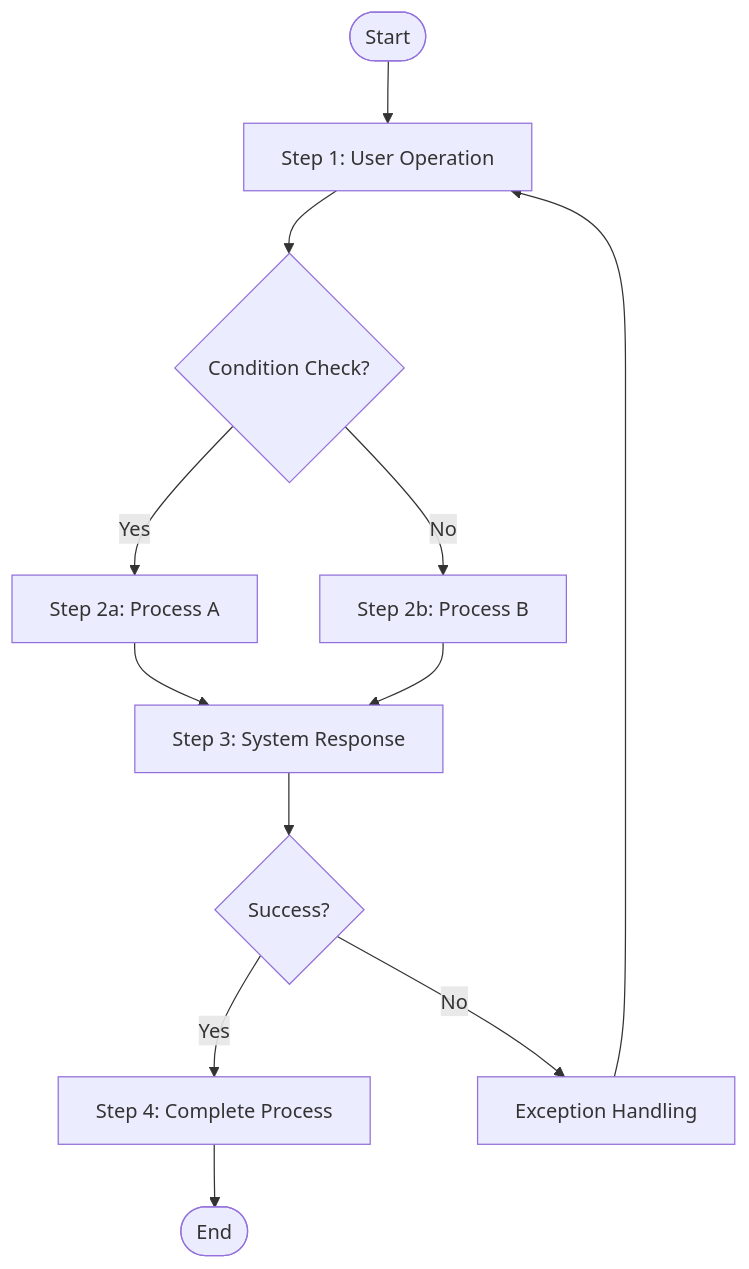
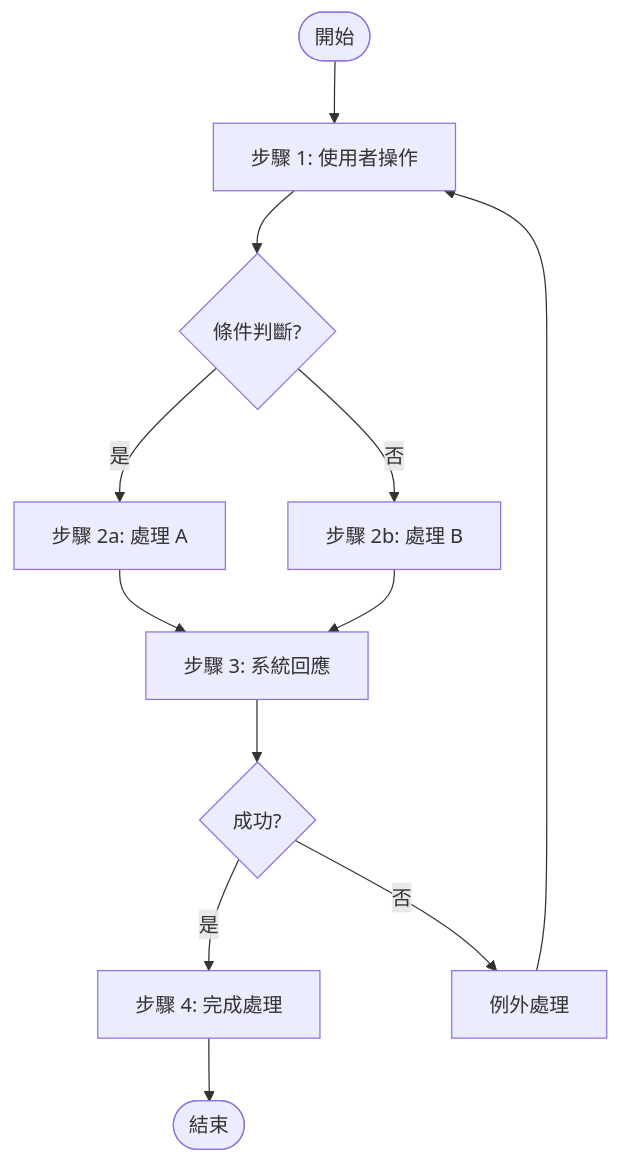
Before and after one commit to jrjohn/arcana-skills: the diagram in medical-software-requirements-skill/references/sdd-template.md, drawn with Mermaid. The commit also changed other lines of this file and 70 other files, not shown here.

````diff
--- a/medical-software-requirements-skill/references/sdd-template.md
+++ b/medical-software-requirements-skill/references/sdd-template.md
@@ -118,14 +118,14 @@
 ```mermaid
 flowchart TD
-    Start([Start]) --> A["Step 1: User Operation"]
-    A --> B{"Condition Check?"}
-    B -->|Yes| C["Step 2a: Process A"]
-    B -->|No| D["Step 2b: Process B"]
-    C --> E["Step 3: System Response"]
+    Start([開始]) --> A["步驟 1: 使用者操作"]
+    A --> B{"條件判斷?"}
+    B -->|是| C["步驟 2a: 處理 A"]
+    B -->|否| D["步驟 2b: 處理 B"]
+    C --> E["步驟 3: 系統回應"]
     D --> E
-    E --> F{"Success?"}
-    F -->|Yes| G["Step 4: Complete Process"]
-    F -->|No| H["Exception Handling"]
+    E --> F{"成功?"}
+    F -->|是| G["步驟 4: 完成處理"]
+    F -->|否| H["例外處理"]
     H --> A
-    G --> End([End])
+    G --> End([結束])
 ```
````
